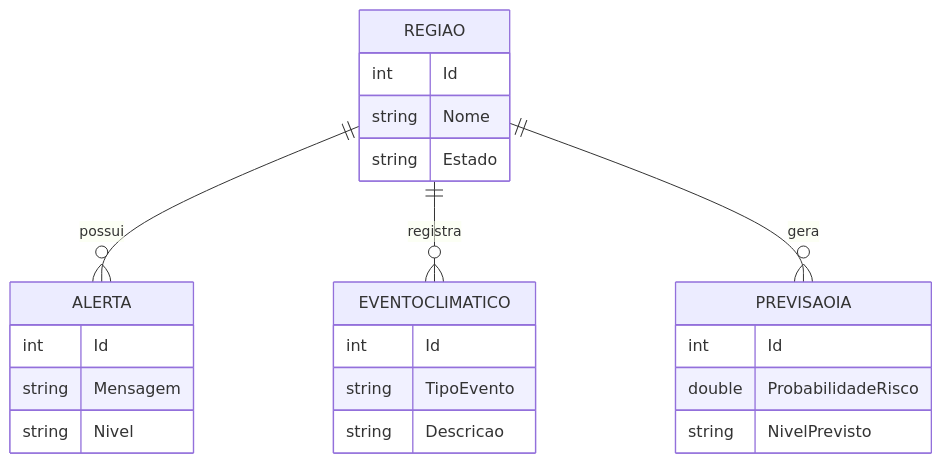
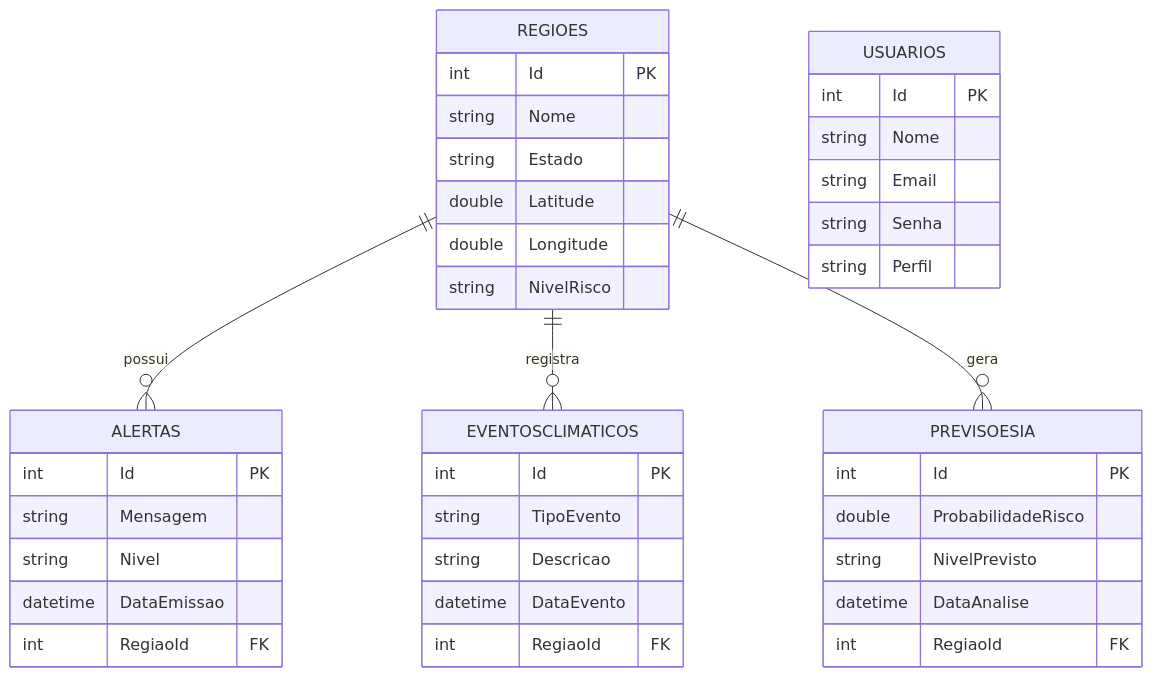
The third of 3 diagrams in README.md (GabrielNakamura123456/OrbitEye), drawn with Mermaid before and after one commit. The commit also changed other lines of this file, not shown here.

````diff
--- a/README.md
+++ b/README.md
@@ -388,31 +102,47 @@
 ```mermaid
 erDiagram
+    REGIOES ||--o{ ALERTAS : possui
+    REGIOES ||--o{ EVENTOSCLIMATICOS : registra
+    REGIOES ||--o{ PREVISOESIA : gera
 
-REGIAO ||--o{ ALERTA : possui
-REGIAO ||--o{ EVENTOCLIMATICO : registra
-REGIAO ||--o{ PREVISAOIA : gera
+    USUARIOS {
+        int Id PK
+        string Nome
+        string Email
+        string Senha
+        string Perfil
+    }
 
-REGIAO {
-    int Id
-    string Nome
-    string Estado
-}
+    REGIOES {
+        int Id PK
+        string Nome
+        string Estado
+        double Latitude
+        double Longitude
+        string NivelRisco
+    }
 
-ALERTA {
-    int Id
-    string Mensagem
-    string Nivel
-}
+    ALERTAS {
+        int Id PK
+        string Mensagem
+        string Nivel
+        datetime DataEmissao
+        int RegiaoId FK
+    }
 
-EVENTOCLIMATICO {
-    int Id
-    string TipoEvento
-    string Descricao
-}
+    EVENTOSCLIMATICOS {
+        int Id PK
+        string TipoEvento
+        string Descricao
+        datetime DataEvento
+        int RegiaoId FK
+    }
 
-PREVISAOIA {
-    int Id
-    double ProbabilidadeRisco
-    string NivelPrevisto
-}
+    PREVISOESIA {
+        int Id PK
+        double ProbabilidadeRisco
+        string NivelPrevisto
+        datetime DataAnalise
+        int RegiaoId FK
+    }
 ```
````
